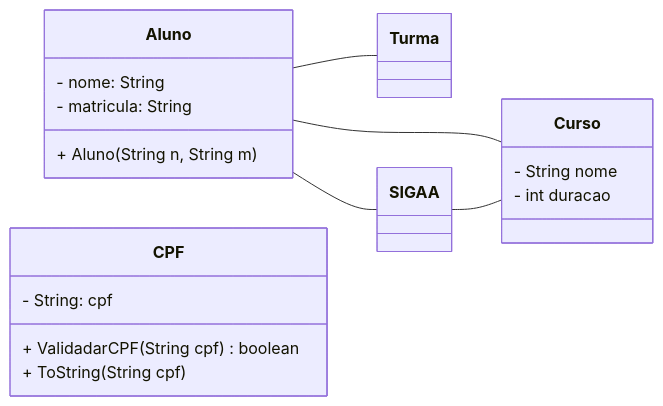
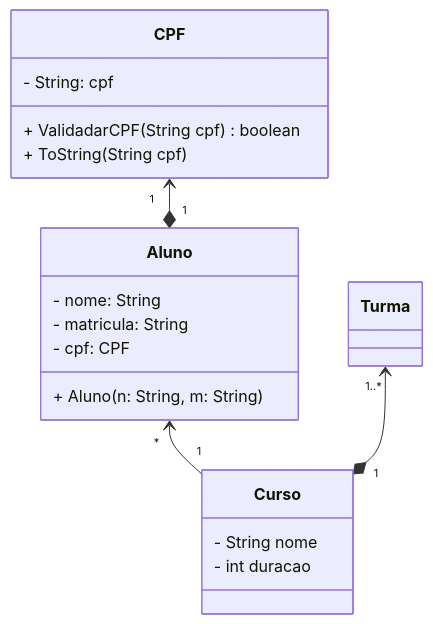
The diagram in API/Readme.md (ThaysMariano/POO_IFSC), drawn with Mermaid before and after one commit. The commit also changed 2 other files, not shown here.

````diff
--- a/API/Readme.md
+++ b/API/Readme.md
@@ -3,54 +3,50 @@
 ```mermaid
 
 classDiagram
 
-    direction LR
+    direction BT
     
     class Aluno{
         - nome: String
         - matricula: String
-        + Aluno(String n, String m)
+        - cpf: CPF
+        + Aluno(n: String, m: String)
     }
+
+    Aluno "1" *-->"1" CPF
+    Curso "1"--> "*" Aluno
+    Curso "1" *--> "1..*" Turma
     
-    Aluno -- Curso
-
-    Aluno -- Turma
-    
-    Aluno -- SIGAA
-    
-    SIGAA -- Curso
+  
     
     
     class Curso{
         
         - String nome
         - int duracao
         
     }
     
     class CPF{
         - String: cpf
         
         + ValidadarCPF(String cpf) boolean
         + ToString(String cpf)
         
         
     }
     
     
     
     class Turma{
         
         
         
     }
-    
-    class SIGAA{
-        
-    }
+
 
 
 
 
 
 ```
````
